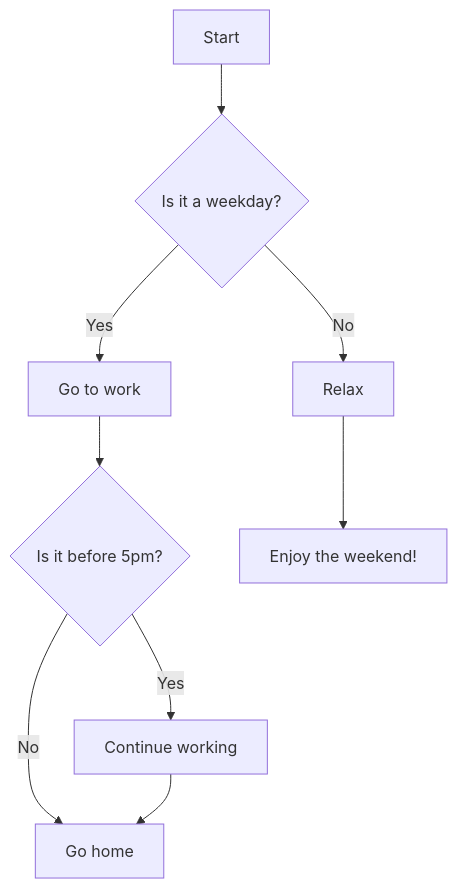
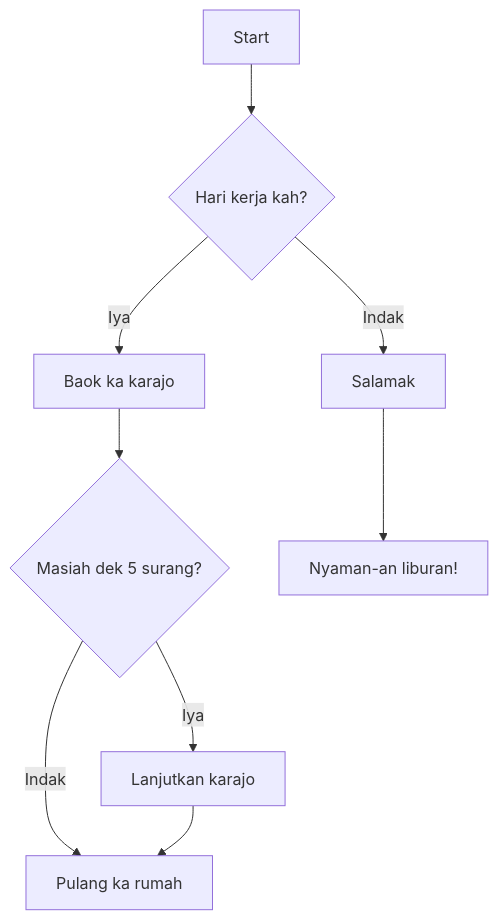
Before and after one commit to drshahizan/Generative-AI-Playground: the diagram in materials/stie/mermaid.md, drawn with Mermaid. The commit also changed other lines of this file, not shown here.

````diff
--- a/materials/stie/mermaid.md
+++ b/materials/stie/mermaid.md
@@ -36,11 +36,11 @@
 ```mermaid
 graph TD;
-    A[Start] --> B{Is it a weekday?};
-    B -- Yes --> C[Go to work];
-    B -- No --> D[Relax];
-    C --> E{Is it before 5pm?};
-    E -- Yes --> F[Continue working];
-    E -- No --> G[Go home];
-    D --> H[Enjoy the weekend!];
+    A[Start] --> B{Hari kerja kah?};
+    B -- Iya --> C[Baok ka karajo];
+    B -- Indak --> D[Salamak];
+    C --> E{Masiah dek 5 surang?};
+    E -- Iya --> F[Lanjutkan karajo];
+    E -- Indak --> G[Pulang ka rumah];
+    D --> H[Nyaman-an liburan!];
     F --> G;
 ```
````
